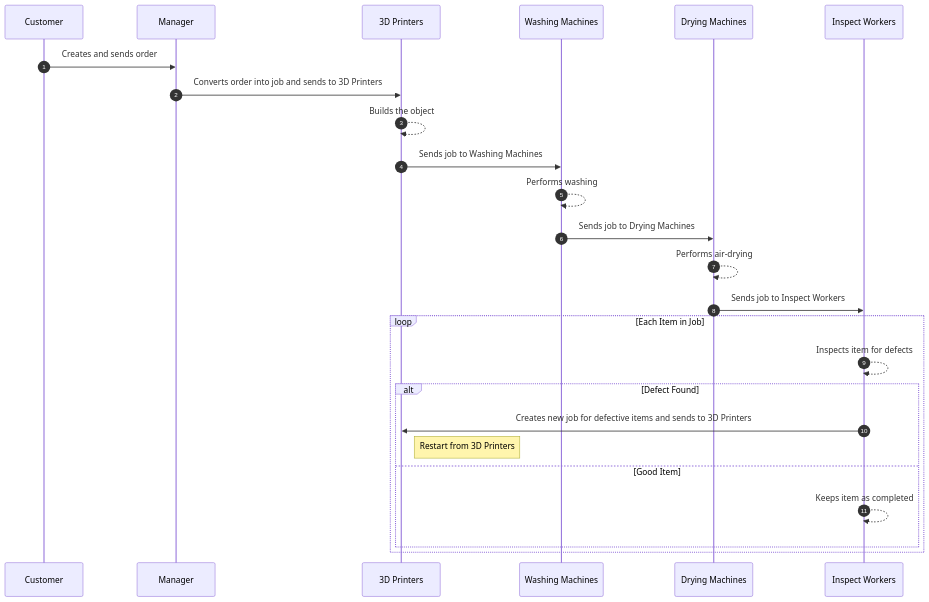
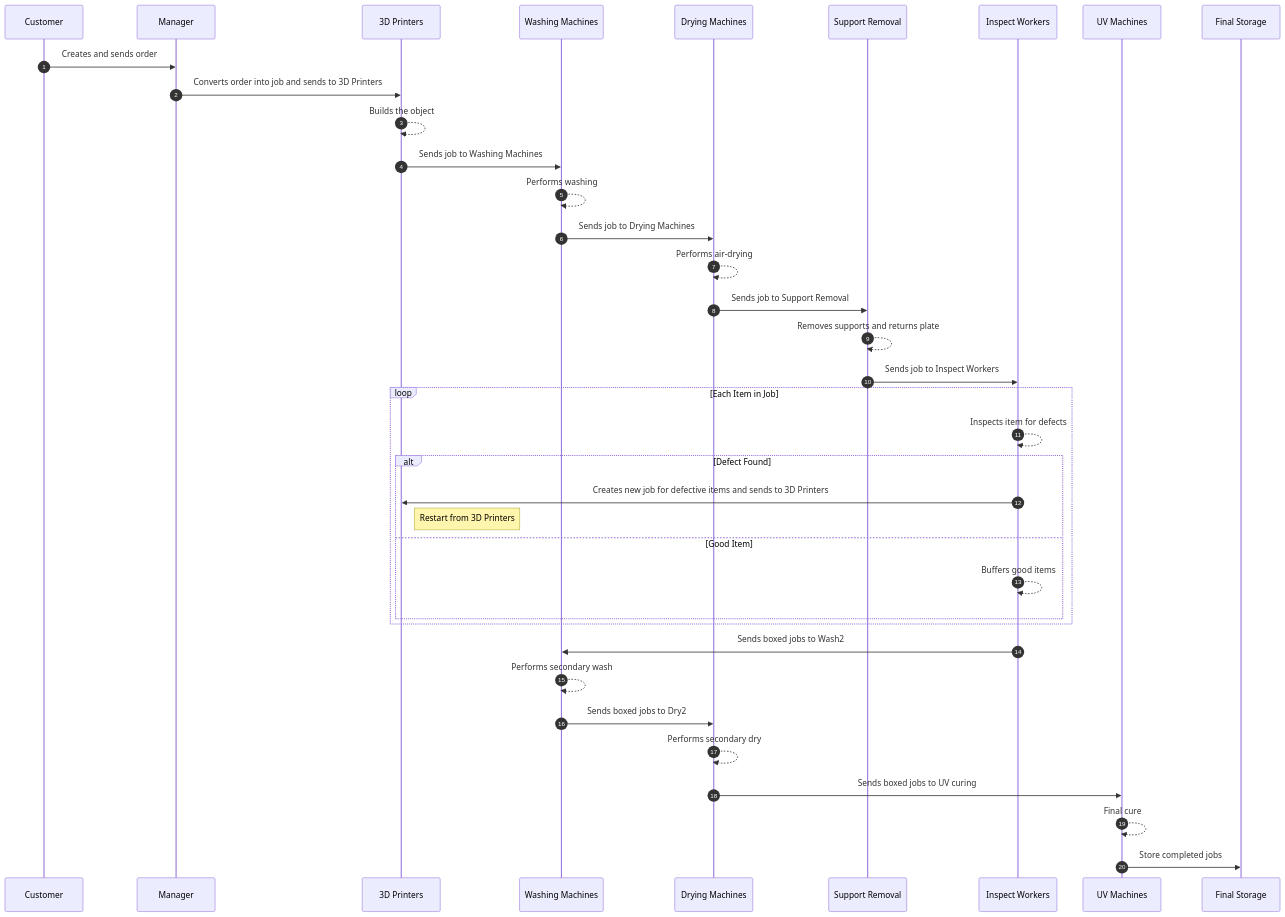
The diagram in README.md (minsungmagic/SimPy_based_3DPrintFarm-main), drawn with Mermaid before and after one commit. The commit also changed other lines of this file, not shown here.

````diff
--- a/README.md
+++ b/README.md
@@ -77,37 +100,53 @@
 ```mermaid
 sequenceDiagram
     participant C as Customer
     participant M as Manager
     participant P as 3D Printers
     participant WM as Washing Machines
     participant DM as Drying Machines
+    participant SR as Support Removal
     participant IW as Inspect Workers
+    participant UV as UV Machines
+    participant FS as Final Storage
 
     %% Process: Order to Job Creation
     autonumber
     C->>M: Creates and sends order
     M->>P: Converts order into job and sends to 3D Printers
 
     %% Process 1: Printing Process
     P-->>P: Builds the object
 
     %% Process 2: Washing Process
     P->>WM: Sends job to Washing Machines
     WM-->>WM: Performs washing
 
     %% Process 3: Drying Process
     WM->>DM: Sends job to Drying Machines
     DM-->>DM: Performs air-drying
 
-    %% Process 4: Inspection Process
-    DM->>IW: Sends job to Inspect Workers
+    %% Process 4: Support Removal
+    DM->>SR: Sends job to Support Removal
+    SR-->>SR: Removes supports and returns plate
+
+    %% Process 5: Inspection Process
+    SR->>IW: Sends job to Inspect Workers
     loop Each Item in Job
         IW-->>IW: Inspects item for defects
         alt Defect Found
             IW->>P: Creates new job for defective items and sends to 3D Printers
             Note right of P: Restart from 3D Printers
         else Good Item
-            IW-->>IW: Keeps item as completed
+            IW-->>IW: Buffers good items
         end
     end
+
+    %% Process 6-8: Boxed Post-Processing
+    IW->>WM: Sends boxed jobs to Wash2
+    WM-->>WM: Performs secondary wash
+    WM->>DM: Sends boxed jobs to Dry2
+    DM-->>DM: Performs secondary dry
+    DM->>UV: Sends boxed jobs to UV curing
+    UV-->>UV: Final cure
+    UV->>FS: Store completed jobs
 ```
````
